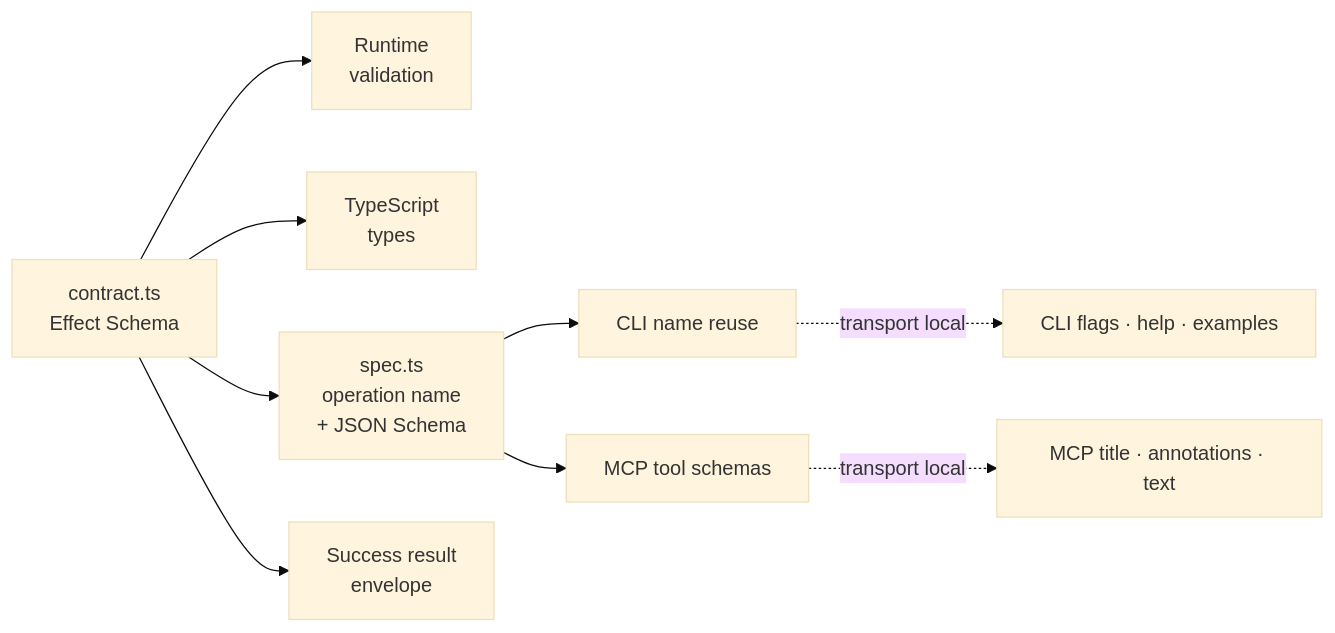
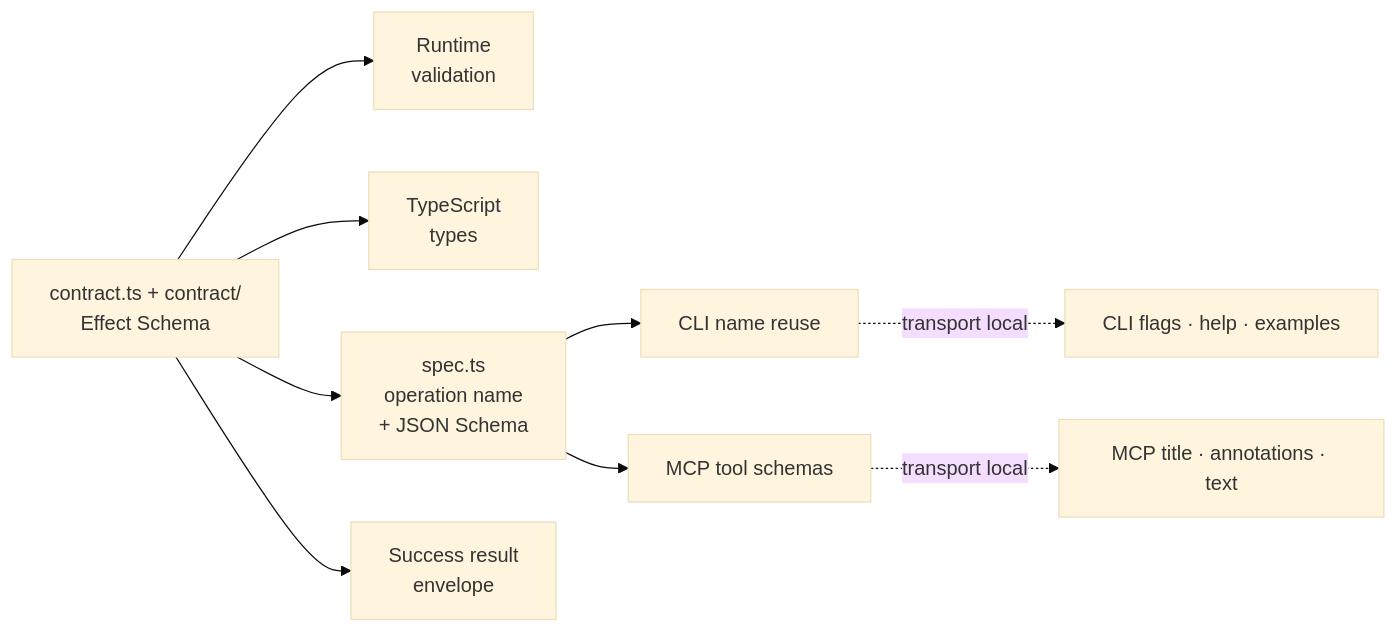
The third of 6 diagrams in src/ARCHITECTURE.md (cpaikr/darty), drawn with Mermaid (base theme) before and after one commit. The commit also changed other lines of this file and 24 other files, not shown here.

````diff
--- a/src/ARCHITECTURE.md
+++ b/src/ARCHITECTURE.md
@@ -133,13 +133,13 @@
 ```mermaid
 graph LR
-    CONTRACT["contract.ts\nEffect Schema"] --> VALIDATE["Runtime\nvalidation"]
+    CONTRACT["contract.ts + contract/\nEffect Schema"] --> VALIDATE["Runtime\nvalidation"]
     CONTRACT --> TS["TypeScript\ntypes"]
     CONTRACT --> SPEC["spec.ts\noperation name\n+ JSON Schema"]
 
     SPEC --> CLI_META["CLI name reuse"]
     SPEC --> MCP_DEF["MCP tool schemas"]
     CONTRACT --> RESULT["Success result\nenvelope"]
 
     CLI_META -. transport local .-> CLI_FLAGS["CLI flags · help · examples"]
     MCP_DEF -. transport local .-> MCP_META["MCP title · annotations · text"]
 ```
````
